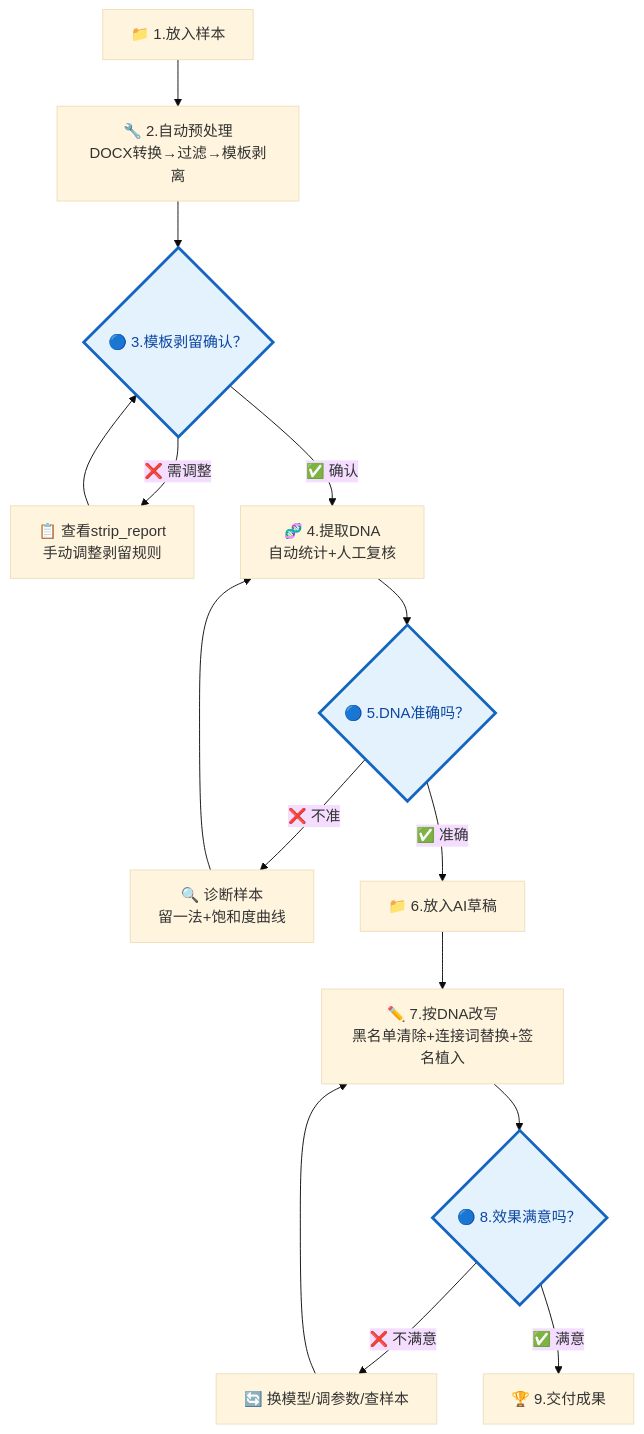
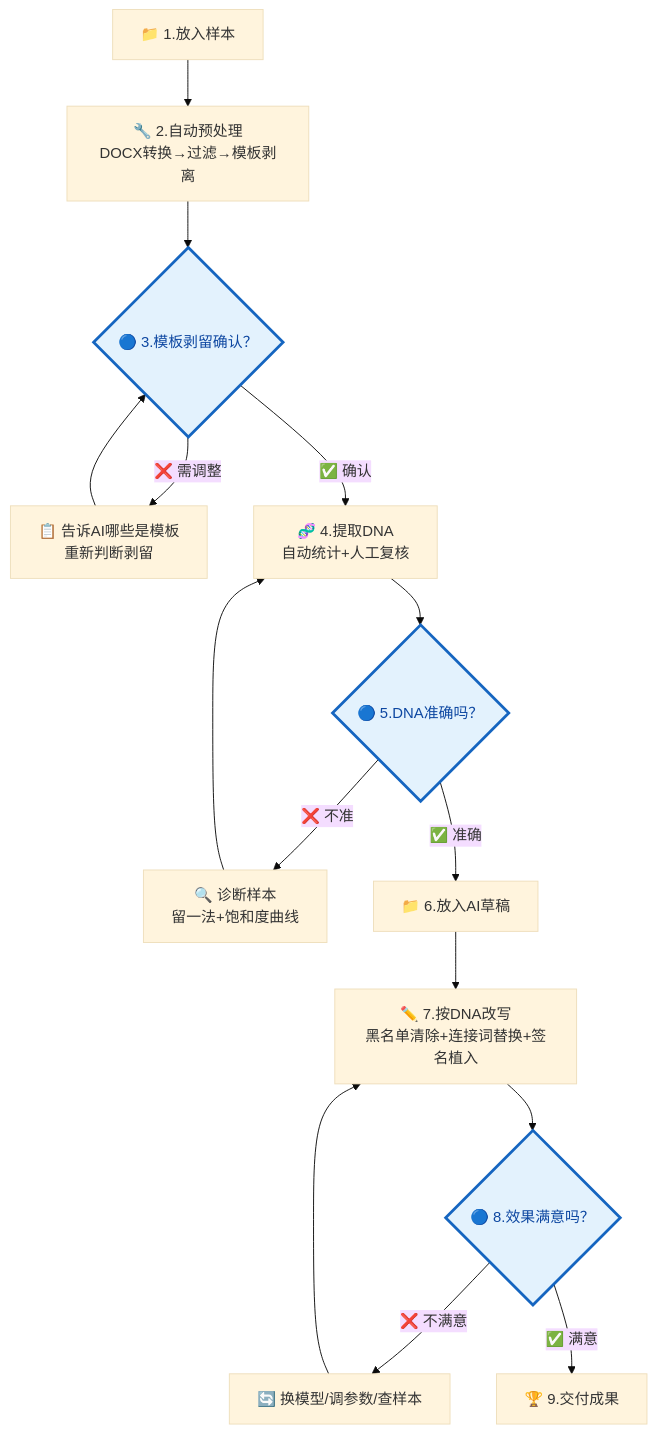
One commit to dvdxfv/skill-writing-dna changed the diagram in README.md. Above: the diagram before and after it, drawn with Mermaid (base theme). The commit also changed 1 other file, not shown here.

Commit message:
docs: 流程图节点文案改为自然语言，去掉内部文件名

````diff
--- a/README.md
+++ b/README.md
@@ -49,21 +49,21 @@
 ```mermaid
 flowchart TD
     A["📁 1.放入样本"] --> B["🔧 2.自动预处理<br/>DOCX转换→过滤→模板剥离"]
     B --> C{"🔵 3.模板剥留确认？"}
-    C -->|❌ 需调整| B1["📋 查看strip_report<br/>手动调整剥留规则"]
+    C -->|❌ 需调整| B1["📋 告诉AI哪些是模板<br/>重新判断剥留"]
     B1 --> C
     C -->|✅ 确认| D["🧬 4.提取DNA<br/>自动统计+人工复核"]
     D --> E{"🔵 5.DNA准确吗？"}
     E -->|❌ 不准| E1["🔍 诊断样本<br/>留一法+饱和度曲线"]
     E1 --> D
     E -->|✅ 准确| F["📁 6.放入AI草稿"]
     F --> G["✏️ 7.按DNA改写<br/>黑名单清除+连接词替换+签名植入"]
     G --> H{"🔵 8.效果满意吗？"}
     H -->|❌ 不满意| I["🔄 换模型/调参数/查样本"]
     I --> G
     H -->|✅ 满意| J["🏆 9.交付成果"]
 
     style C fill:#e3f2fd,stroke:#1565c0,stroke-width:3px,color:#0d47a1
     style E fill:#e3f2fd,stroke:#1565c0,stroke-width:3px,color:#0d47a1
     style H fill:#e3f2fd,stroke:#1565c0,stroke-width:3px,color:#0d47a1
 ```
````
